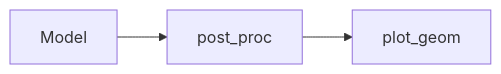
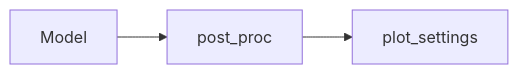
Before and after one commit to airinnova/framat: diagram 19 of 20 in docs/source/api/model_api.rst, drawn with Mermaid. The commit also changed other lines of this file and 3 other files, not shown here.

```diff
--- a/docs/source/api/model_api.rst
+++ b/docs/source/api/model_api.rst
@@ -922,6 +842,6 @@
 .. mermaid::
 
     graph LR
     A[Model]
     A --> F1[post_proc] 
-    F1 --> P1[plot_geom] 
+    F1 --> P1[plot_settings] 
```
